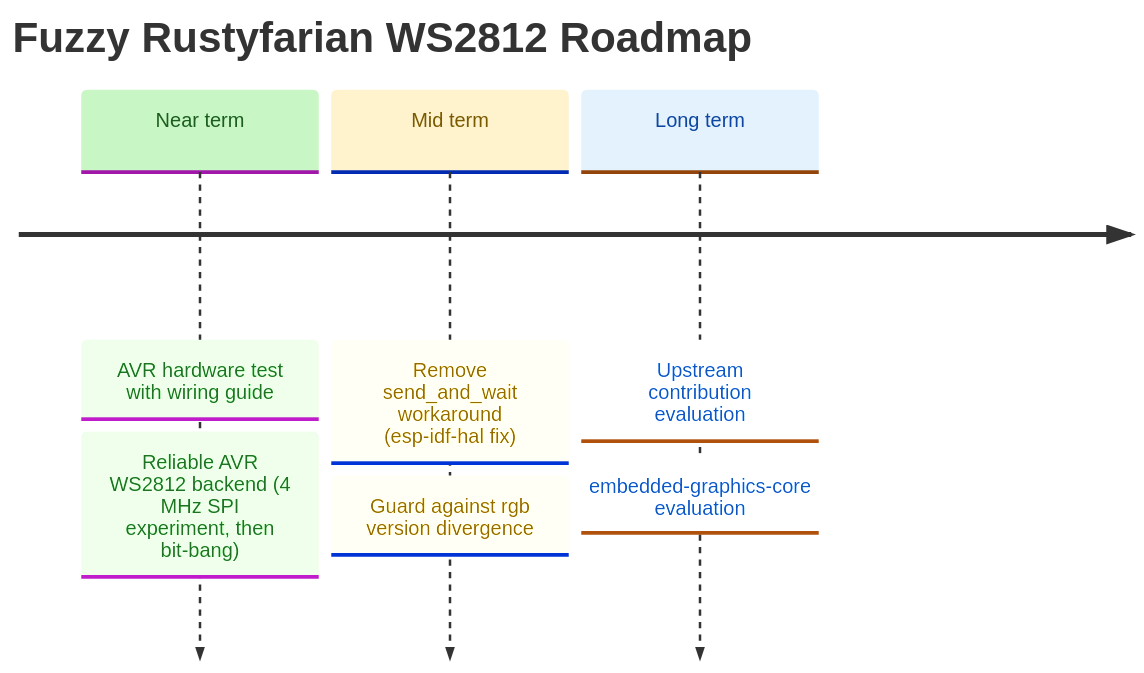
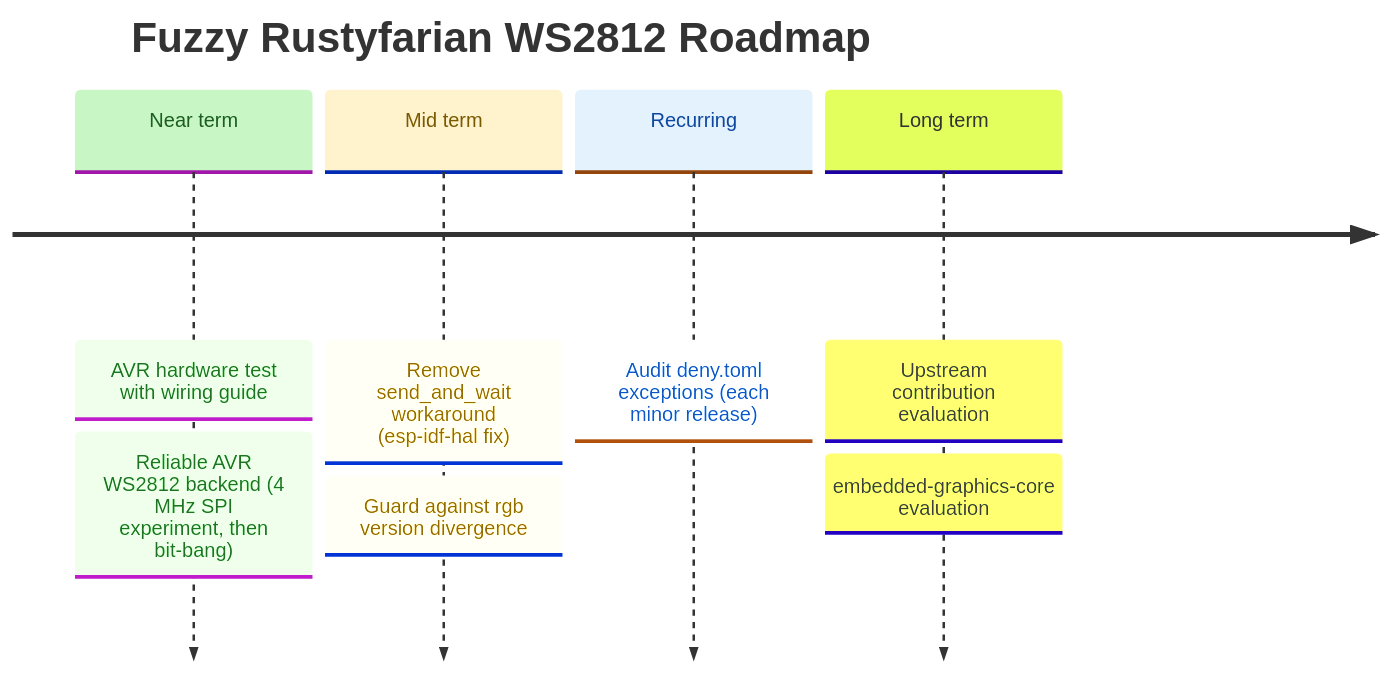
Before and after one commit to datenkollektiv/rustyfarian-ws2812: the diagram in docs/ROADMAP.md, drawn with Mermaid. The commit also changed other lines of this file and 5 other files, not shown here.

````diff
--- a/docs/ROADMAP.md
+++ b/docs/ROADMAP.md
@@ -10,25 +10,27 @@
 ```mermaid
 %%{init: {
   "theme": "base",
   "themeVariables": {
     "cScale0": "#c8f7c5",
     "cScaleLabel0": "#1b5e20",
     "cScale1": "#fff3cd",
     "cScaleLabel1": "#7a5a00",
     "cScale2": "#e3f2fd",
     "cScaleLabel2": "#0d47a1"
   }
 }}%%
 
 timeline
     title Fuzzy Rustyfarian WS2812 Roadmap
 
     Near term : AVR hardware test with wiring guide
               : Reliable AVR WS2812 backend (4 MHz SPI experiment, then bit-bang)
 
     Mid term  : Remove send_and_wait workaround (esp-idf-hal fix)
               : Guard against rgb version divergence
 
+    Recurring : Audit deny.toml exceptions (each minor release)
+
     Long term : Upstream contribution evaluation
               : embedded-graphics-core evaluation
 ```
````
